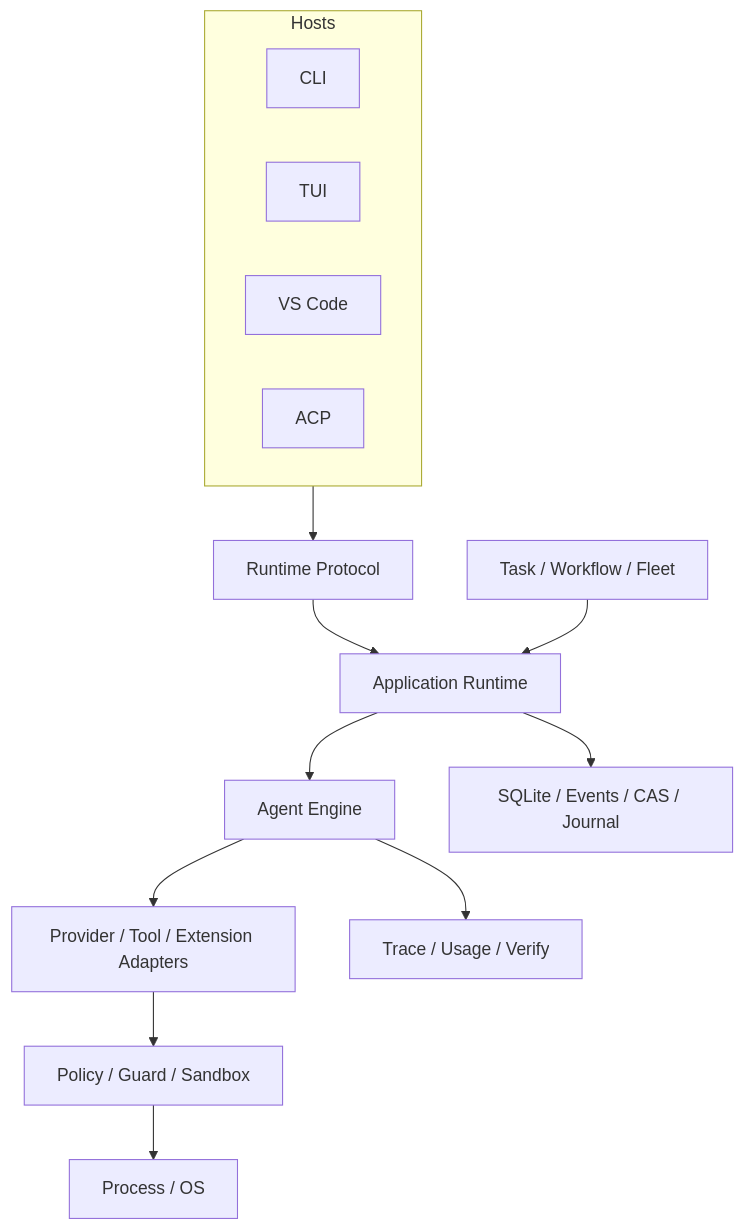
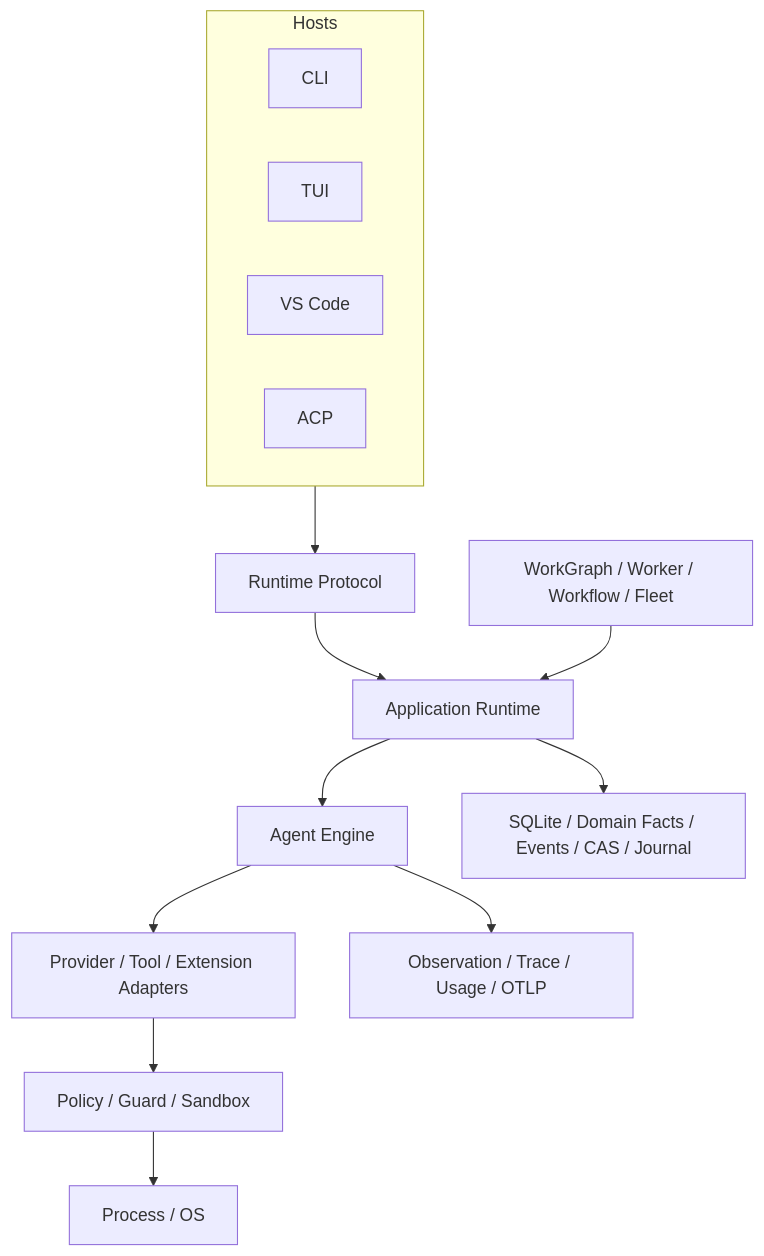
The diagram in docs/book/en/02-codehelper-overview/02-system-architecture.md (fwtllh-png/CodeHelper), drawn with Mermaid before and after one commit. The commit also changed other lines of this file and 314 other files, not shown here.

````diff
--- a/docs/book/en/02-codehelper-overview/02-system-architecture.md
+++ b/docs/book/en/02-codehelper-overview/02-system-architecture.md
@@ -83,25 +83,25 @@
 ```mermaid
 flowchart TB
     subgraph Hosts
       CLI
       TUI
       VSC[VS Code]
       API[ACP]
     end
     P[Runtime Protocol]
     APP[Application Runtime]
     ENG[Agent Engine]
     ADP[Provider / Tool / Extension Adapters]
     SEC[Policy / Guard / Sandbox]
-    ORC[Task / Workflow / Fleet]
-    PER[SQLite / Events / CAS / Journal]
-    OBS[Trace / Usage / Verify]
+    ORC[WorkGraph / Worker / Workflow / Fleet]
+    PER[SQLite / Domain Facts / Events / CAS / Journal]
+    OBS[Observation / Trace / Usage / OTLP]
     PLT[Process / OS]
 
     Hosts --> P --> APP --> ENG
     ENG --> ADP
     ADP --> SEC --> PLT
     APP --> PER
     ENG --> OBS
     ORC --> APP
 ```
````
